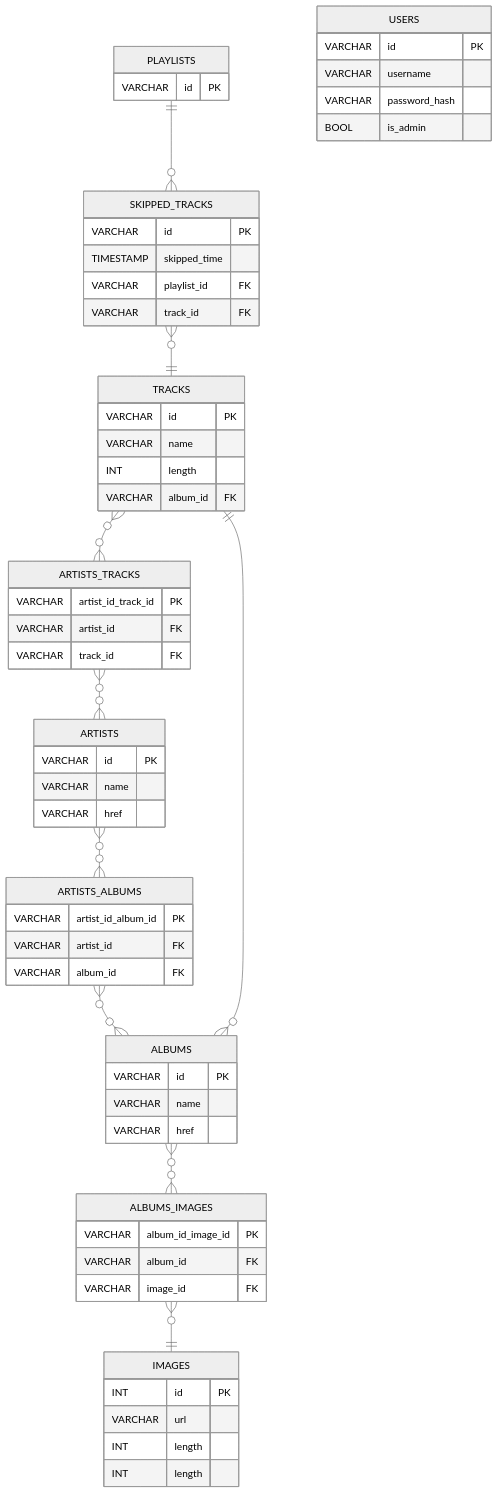
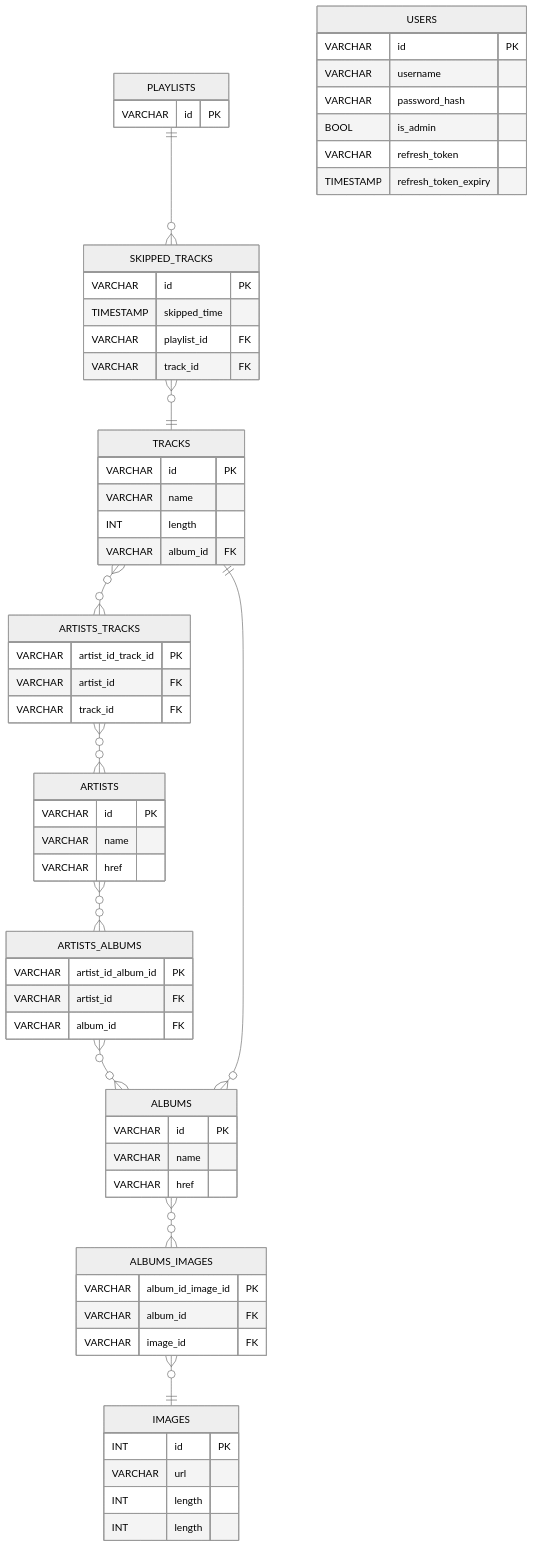
Before and after one commit to paulmccarron/spotify-playlist-janitor: the diagram in docs/entity-relationship-diagram.md, drawn with Mermaid. The commit also changed 26 other files, not shown here.

First line of the commit message:
58 update login flow (#60)

````diff
--- a/docs/entity-relationship-diagram.md
+++ b/docs/entity-relationship-diagram.md
@@ -5,75 +5,77 @@
 ``` mermaid
 %%{init: {'theme':'neutral'}}%%
 erDiagram
     PLAYLISTS ||--o{ SKIPPED_TRACKS : ""
     SKIPPED_TRACKS }o--|| TRACKS : ""
     TRACKS }o--o{ ARTISTS_TRACKS : ""
     ARTISTS_TRACKS }o--o{ ARTISTS : ""
     ARTISTS }o--o{ ARTISTS_ALBUMS : ""
     ARTISTS_ALBUMS }o--o{ ALBUMS : ""
     TRACKS ||--o{ ALBUMS : ""
     ALBUMS }o--o{ ALBUMS_IMAGES : ""
     ALBUMS_IMAGES }o--|| IMAGES : ""
 
     PLAYLISTS {
         VARCHAR id PK
     }
 
     ARTISTS {
         VARCHAR id PK
         VARCHAR name
         VARCHAR href
     }
 
     ALBUMS {
         VARCHAR id PK
         VARCHAR name
         VARCHAR href
     }
 
     TRACKS {
         VARCHAR id PK
         VARCHAR name
         INT length
         VARCHAR album_id FK
     }
 
     IMAGES {
         INT id PK
         VARCHAR url
         INT length
         INT length
     }
 
     ARTISTS_ALBUMS {
         VARCHAR artist_id_album_id PK
         VARCHAR artist_id FK
         VARCHAR album_id FK
     }
 
     ARTISTS_TRACKS {
         VARCHAR artist_id_track_id PK
         VARCHAR artist_id FK
         VARCHAR track_id FK
     }
 
     ALBUMS_IMAGES {
         VARCHAR album_id_image_id PK
         VARCHAR album_id FK
         VARCHAR image_id FK
     }
     
     SKIPPED_TRACKS {
         VARCHAR id PK
         TIMESTAMP skipped_time
         VARCHAR playlist_id FK
         VARCHAR track_id FK
     }
     
     USERS {
         VARCHAR id PK
         VARCHAR username
         VARCHAR password_hash
         BOOL is_admin
+        VARCHAR refresh_token
+        TIMESTAMP refresh_token_expiry
     }
 ```
````
